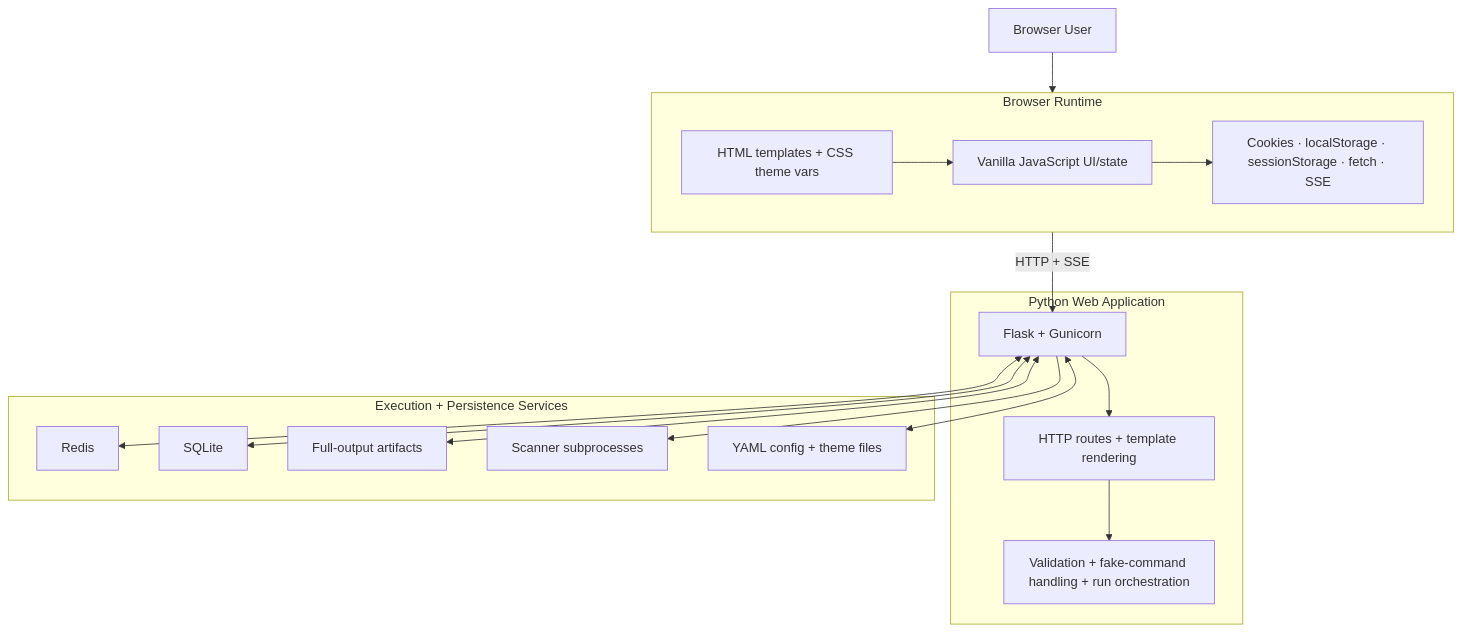
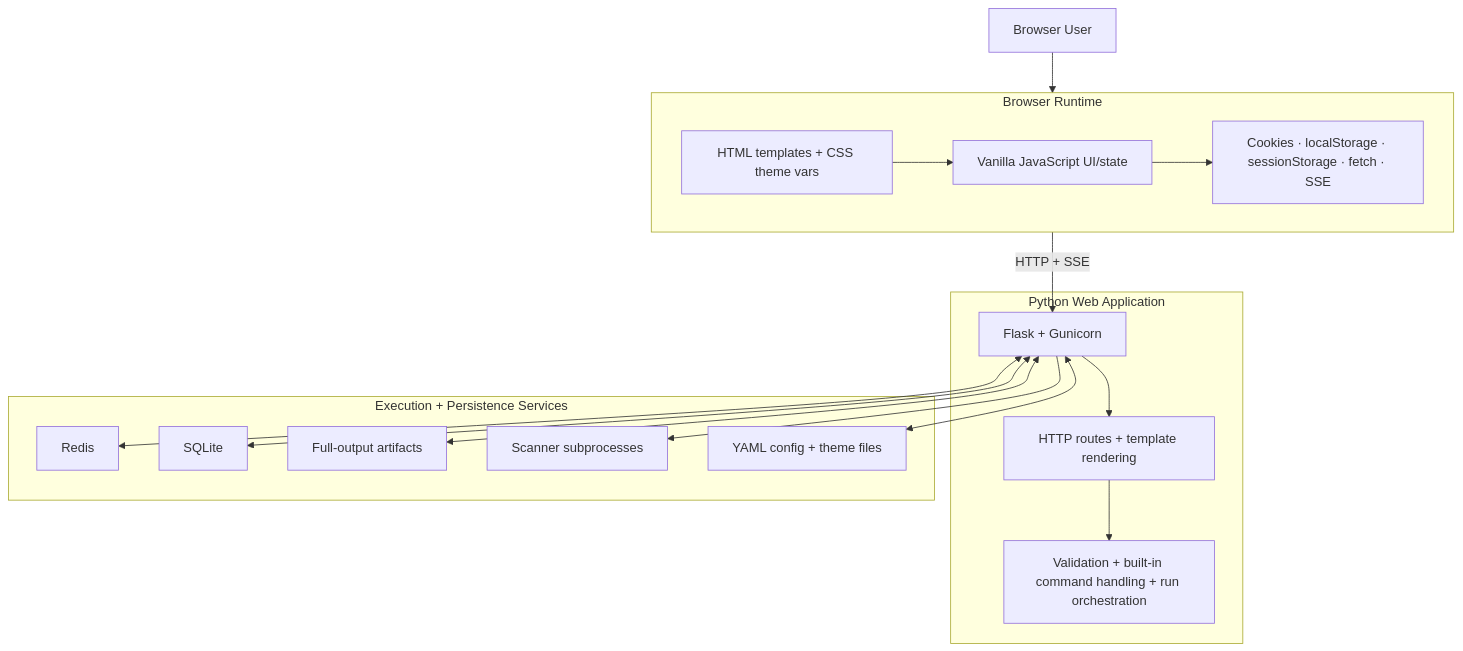
One commit to darklab-sh/darklab-shell changed the first of 6 diagrams in ARCHITECTURE.md. Above: the diagram before and after it, drawn with Mermaid. The commit also changed other lines of this file and 46 other files, not shown here.

Commit message:
Renaming fake commands and run monitor to built-in commands and status monitor

````diff
--- a/ARCHITECTURE.md
+++ b/ARCHITECTURE.md
@@ -52,36 +52,36 @@
 ```mermaid
 flowchart TB
   User["Browser User"]
 
   subgraph Client["Browser Runtime"]
     Templates["HTML templates + CSS theme vars"]
     JS["Vanilla JavaScript UI/state"]
     BrowserApis["Cookies · localStorage · sessionStorage · fetch · SSE"]
   end
 
   subgraph App["Python Web Application"]
     Flask["Flask + Gunicorn"]
     Routing["HTTP routes + template rendering"]
-    Orchestration["Validation + fake-command handling + run orchestration"]
+    Orchestration["Validation + built-in command handling + run orchestration"]
   end
 
   subgraph Runtime["Execution + Persistence Services"]
     Redis["Redis"]
     SQLite["SQLite"]
     Artifacts["Full-output artifacts"]
     Subprocesses["Scanner subprocesses"]
     Config["YAML config + theme files"]
   end
 
   User --> Client
   Client -->|HTTP + SSE| Flask
   Templates --> JS
   JS --> BrowserApis
   Flask --> Routing
   Routing --> Orchestration
   Flask <--> Redis
   Flask <--> SQLite
   Flask <--> Artifacts
   Flask --> Subprocesses
   Flask <--> Config
 ```
````
